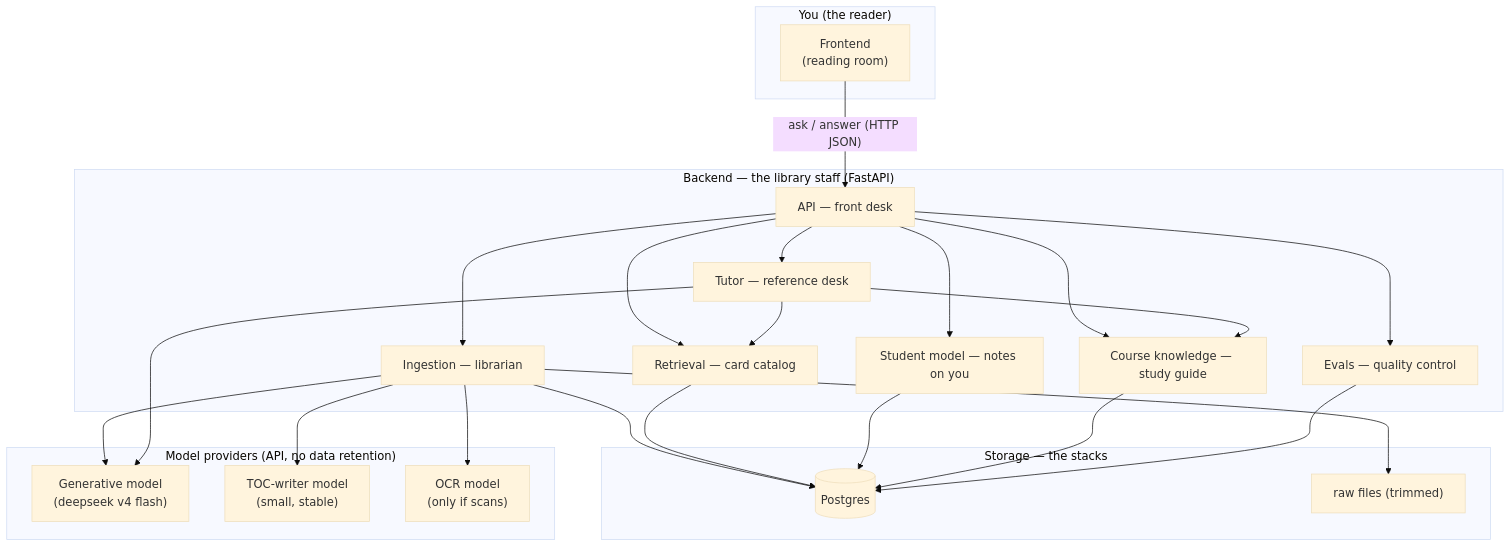
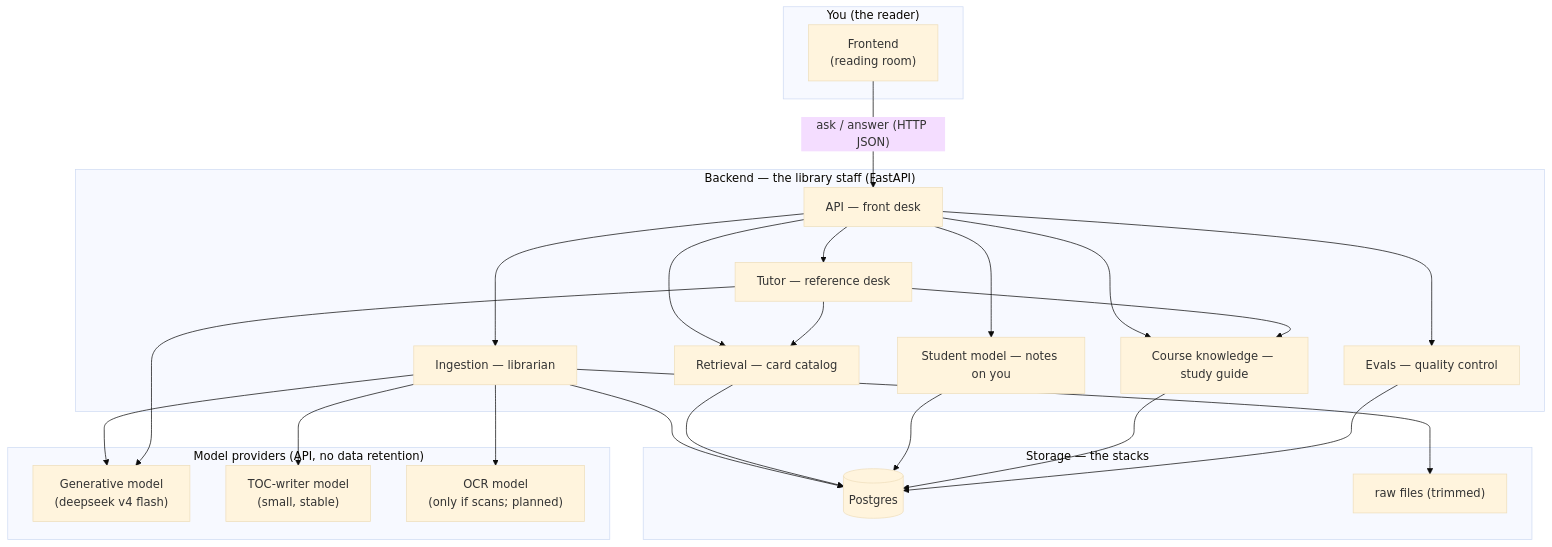
The first of 19 diagrams in system.md (RileyK05/Stacks), drawn with Mermaid (base theme) before and after one commit. The commit also changed other lines of this file and 18 other files, not shown here.

````diff
--- a/system.md
+++ b/system.md
@@ -67,47 +72,47 @@
 ```mermaid
 flowchart TB
     subgraph User["You (the reader)"]
         B["Frontend<br/>(reading room)"]
     end
 
     subgraph Backend["Backend — the library staff (FastAPI)"]
         API["API — front desk"]
         ING["Ingestion — librarian"]
         RET["Retrieval — card catalog"]
         MEM["Course knowledge — study guide"]
         SM["Student model — notes on you"]
         TUT["Tutor — reference desk"]
         EV["Evals — quality control"]
     end
 
     subgraph Storage["Storage — the stacks"]
         PG[("Postgres")]
         FS["raw files (trimmed)"]
     end
 
     subgraph Models["Model providers (API, no data retention)"]
         GEN["Generative model<br/>(deepseek v4 flash)"]
         TOCW["TOC-writer model<br/>(small, stable)"]
-        OCR["OCR model<br/>(only if scans)"]
+        OCR["OCR model<br/>(only if scans; planned)"]
     end
 
     B -->|"ask / answer (HTTP JSON)"| API
     API --> ING
     API --> RET
     API --> MEM
     API --> SM
     API --> TUT
     API --> EV
     ING --> PG
     ING --> FS
     ING --> GEN
     ING --> OCR
     ING --> TOCW
     RET --> PG
     TUT --> GEN
     TUT --> RET
     TUT --> MEM
     SM --> PG
     MEM --> PG
     EV --> PG
 ```
````
